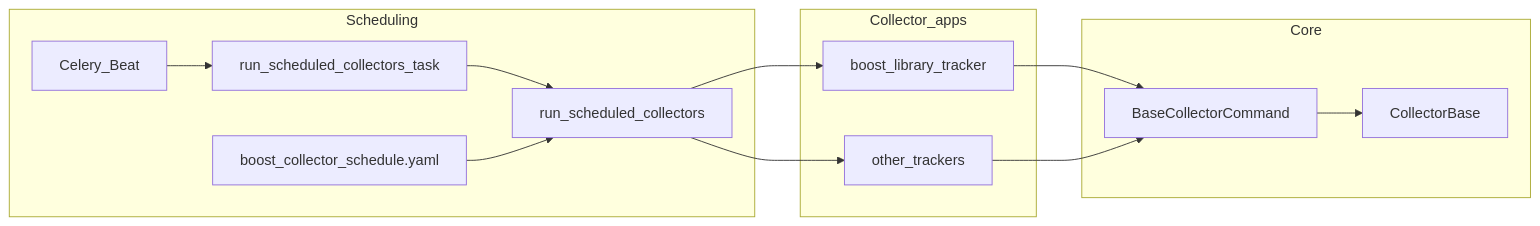
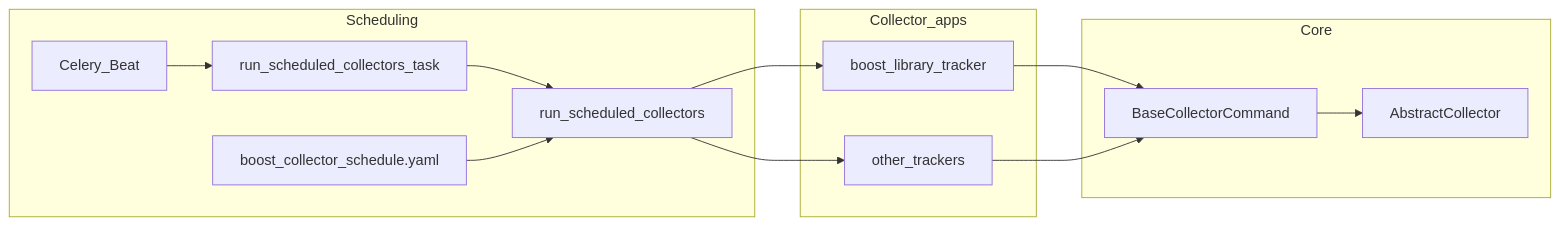
The diagram in docs/Development_guideline.md (snowfox1003/boost-data-collector-django), drawn with Mermaid before and after one commit. The commit also changed 13 other files, not shown here.

````diff
--- a/docs/Development_guideline.md
+++ b/docs/Development_guideline.md
@@ -13,25 +13,25 @@
 ```mermaid
 flowchart LR
   subgraph sched [Scheduling]
     Beat[Celery_Beat]
     Task[run_scheduled_collectors_task]
     Cmd[run_scheduled_collectors]
     YAML[boost_collector_schedule.yaml]
   end
   subgraph apps [Collector_apps]
     C1[boost_library_tracker]
     C2[other_trackers]
   end
   subgraph core [Core]
     BC[BaseCollectorCommand]
-    CB[CollectorBase]
+    AC[AbstractCollector]
   end
   Beat --> Task
   Task --> Cmd
   YAML --> Cmd
   Cmd --> C1
   Cmd --> C2
   C1 --> BC
   C2 --> BC
-  BC --> CB
+  BC --> AC
 ```
````
